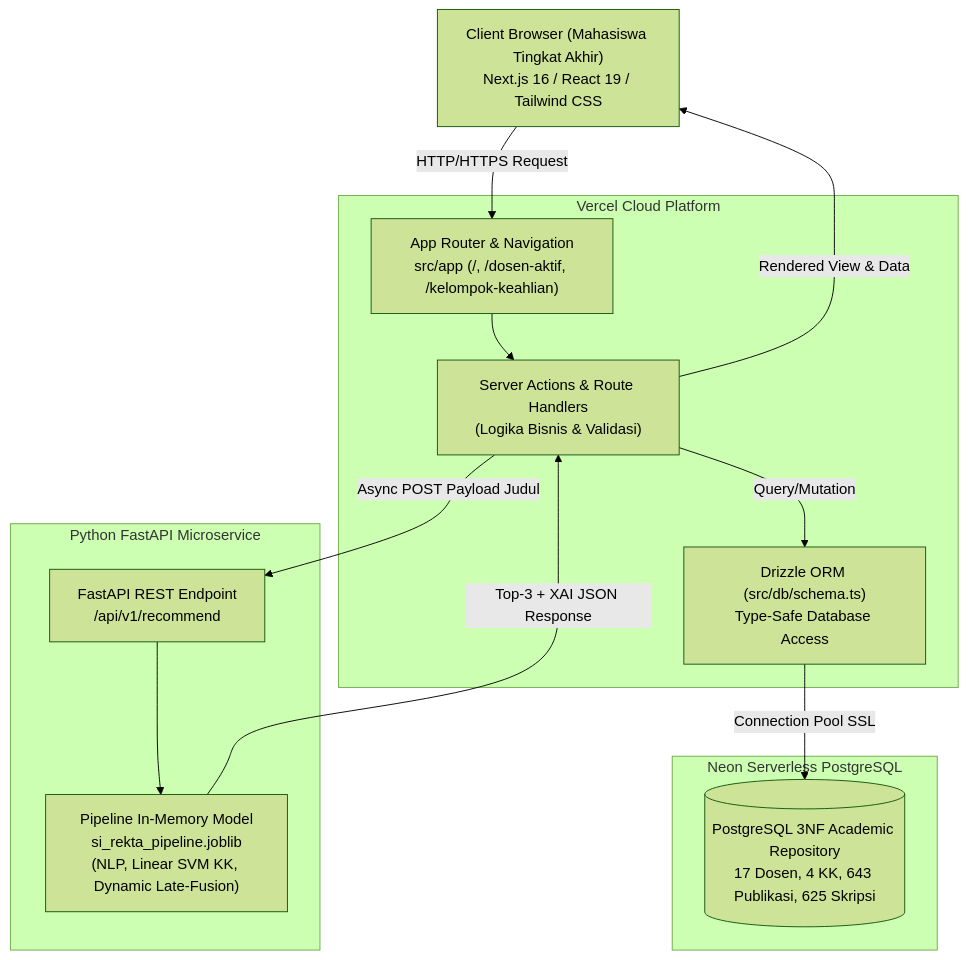
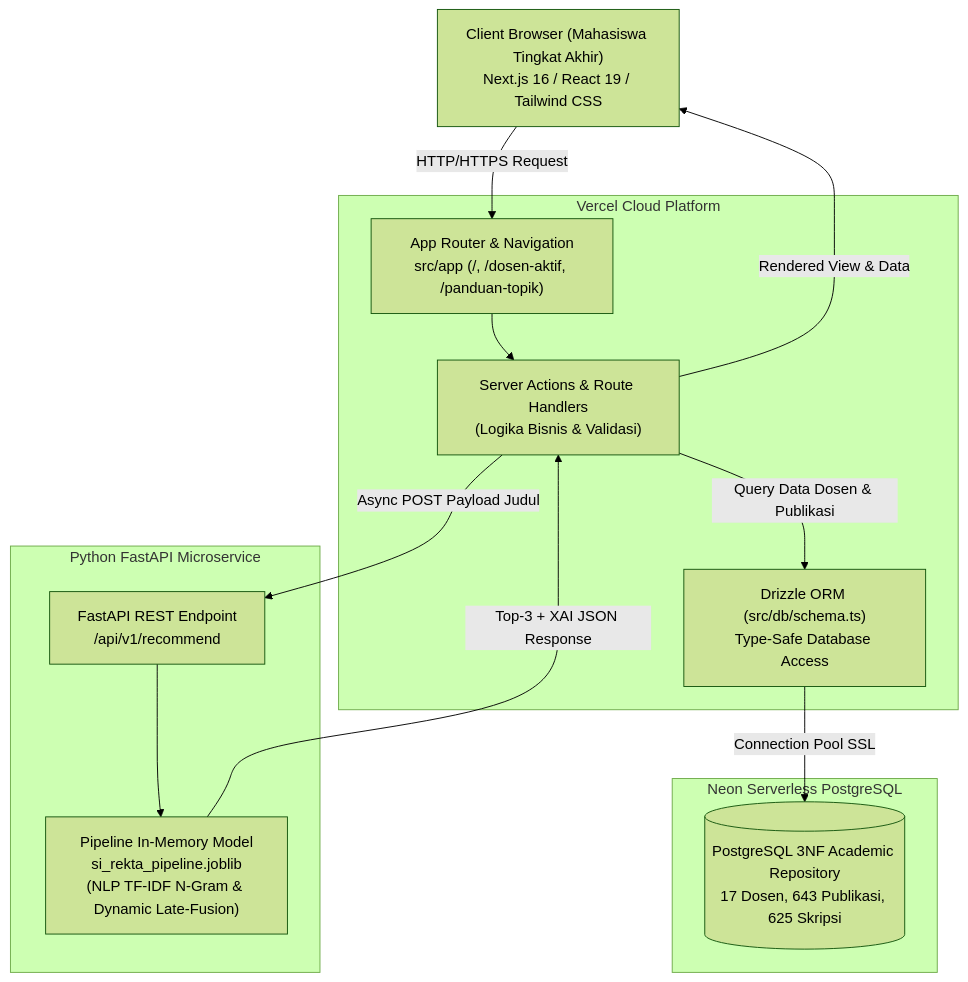
Before and after one commit to accfd/SI-REKTA: the second of 2 diagrams in docs/SI-REKTA_PRD.md, drawn with Mermaid (forest theme). The commit also changed other lines of this file and 1 other file, not shown here.

Commit message:
docs: sinkronkan PRD dan Progress Report 1 ke pencocokan langsung dosen dan modul panduan topik DSI 2025

````diff
--- a/docs/SI-REKTA_PRD.md
+++ b/docs/SI-REKTA_PRD.md
@@ -230,28 +218,28 @@
 ```mermaid
 graph TD
     Client["Client Browser (Mahasiswa Tingkat Akhir)<br>Next.js 16 / React 19 / Tailwind CSS"]
     
     subgraph Vercel_Platform["Vercel Cloud Platform"]
-        AppRouter["App Router & Navigation<br>src/app (/, /dosen-aktif, /kelompok-keahlian)"]
+        AppRouter["App Router & Navigation<br>src/app (/, /dosen-aktif, /panduan-topik)"]
         ServerActions["Server Actions & Route Handlers<br>(Logika Bisnis & Validasi)"]
         DrizzleORM["Drizzle ORM (src/db/schema.ts)<br>Type-Safe Database Access"]
     end
     
     subgraph Database_Cloud["Neon Serverless PostgreSQL"]
-        DB[(PostgreSQL 3NF Academic Repository<br>17 Dosen, 4 KK, 643 Publikasi, 625 Skripsi)]
+        DB[(PostgreSQL 3NF Academic Repository<br>17 Dosen, 643 Publikasi, 625 Skripsi)]
     end
     
     subgraph ML_Microservice["Python FastAPI Microservice"]
         FastAPIEndpoint["FastAPI REST Endpoint<br>/api/v1/recommend"]
-        JoblibPipeline["Pipeline In-Memory Model<br>si_rekta_pipeline.joblib<br>(NLP, Linear SVM KK, Dynamic Late-Fusion)"]
+        JoblibPipeline["Pipeline In-Memory Model<br>si_rekta_pipeline.joblib<br>(NLP TF-IDF N-Gram & Dynamic Late-Fusion)"]
     end
 
     Client -->|HTTP/HTTPS Request| AppRouter
     AppRouter --> ServerActions
-    ServerActions -->|Query/Mutation| DrizzleORM
+    ServerActions -->|Query Data Dosen & Publikasi| DrizzleORM
     DrizzleORM -->|Connection Pool SSL| DB
     ServerActions -->|Async POST Payload Judul| FastAPIEndpoint
     FastAPIEndpoint --> JoblibPipeline
     JoblibPipeline -->|Top-3 + XAI JSON Response| ServerActions
     ServerActions -->|Rendered View & Data| Client
 ```
````
